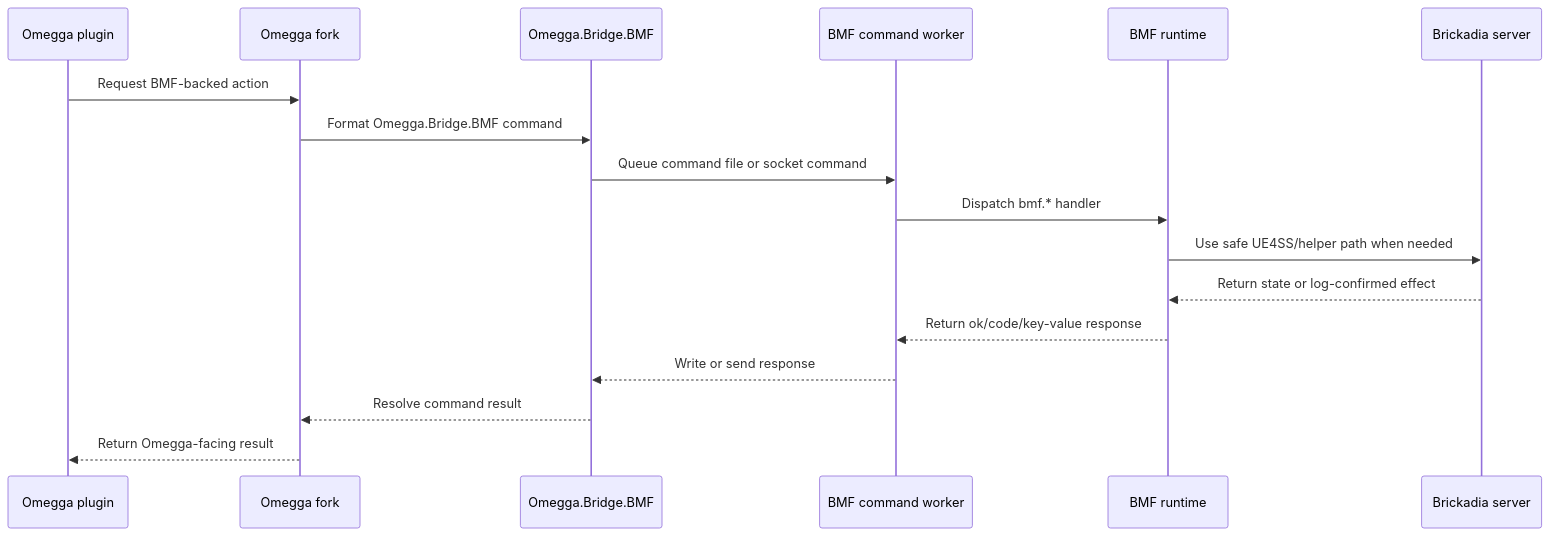
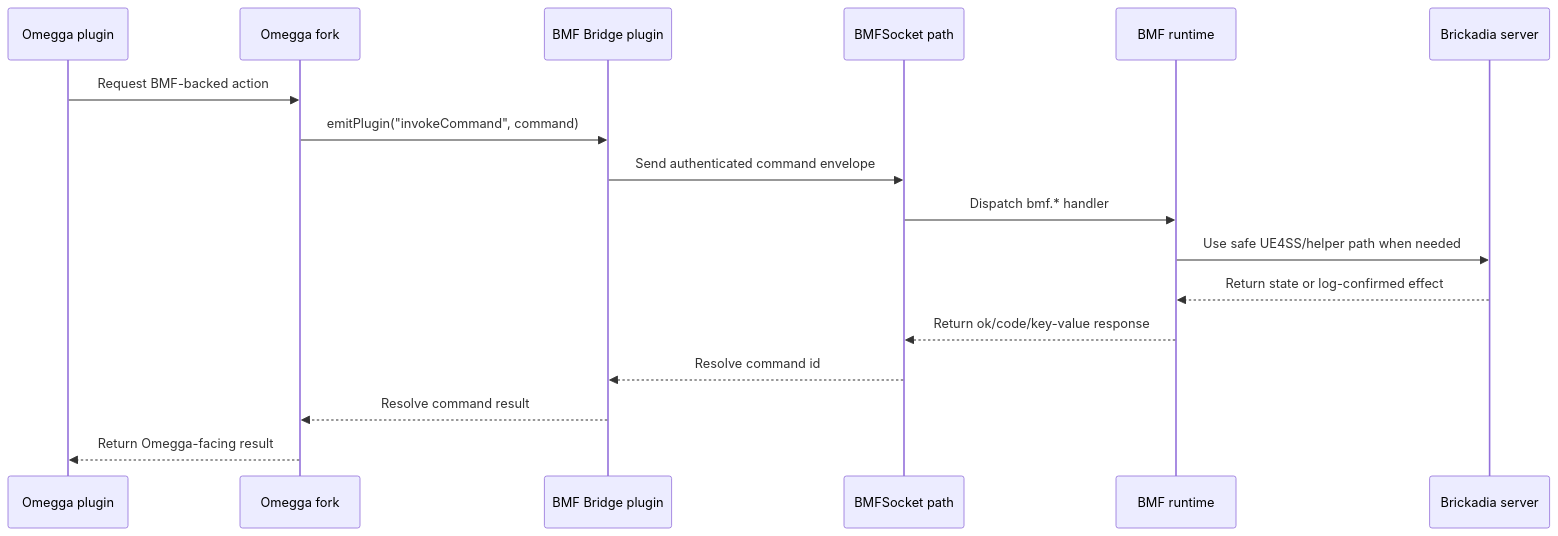
Before and after one commit to Ty-lerCox/brickadia-modding-framework: the fifth of 9 diagrams in docs/architecture/architecture-patterns.md, drawn with Mermaid. The commit also changed other lines of this file and 140 other files, not shown here.

````diff
--- a/docs/architecture/architecture-patterns.md
+++ b/docs/architecture/architecture-patterns.md
@@ -146,20 +146,20 @@
 ```mermaid
 sequenceDiagram
     participant Plugin as Omegga plugin
     participant Omegga as Omegga fork
-    participant Bridge as Omegga.Bridge.BMF
-    participant Worker as BMF command worker
+    participant Bridge as BMF Bridge plugin
+    participant Socket as BMFSocket path
     participant BMF as BMF runtime
     participant Server as Brickadia server
 
     Plugin->>Omegga: Request BMF-backed action
-    Omegga->>Bridge: Format Omegga.Bridge.BMF command
-    Bridge->>Worker: Queue command file or socket command
-    Worker->>BMF: Dispatch bmf.* handler
+    Omegga->>Bridge: emitPlugin("invokeCommand", command)
+    Bridge->>Socket: Send authenticated command envelope
+    Socket->>BMF: Dispatch bmf.* handler
     BMF->>Server: Use safe UE4SS/helper path when needed
     Server-->>BMF: Return state or log-confirmed effect
-    BMF-->>Worker: Return ok/code/key-value response
-    Worker-->>Bridge: Write or send response
+    BMF-->>Socket: Return ok/code/key-value response
+    Socket-->>Bridge: Resolve command id
     Bridge-->>Omegga: Resolve command result
     Omegga-->>Plugin: Return Omegga-facing result
 ```
````
